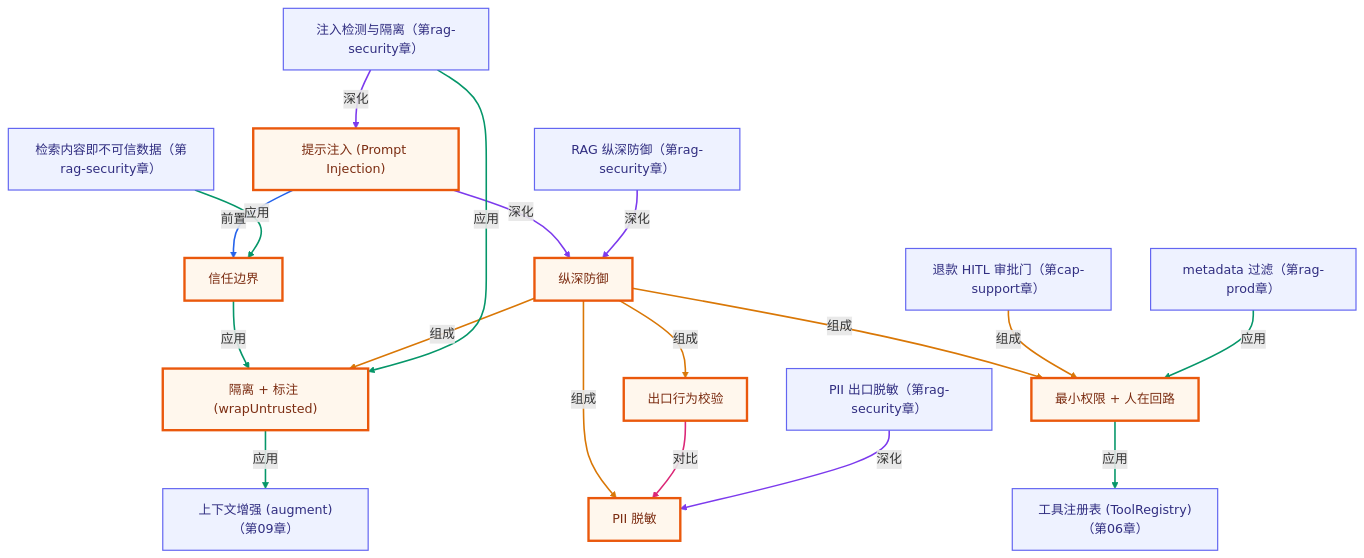
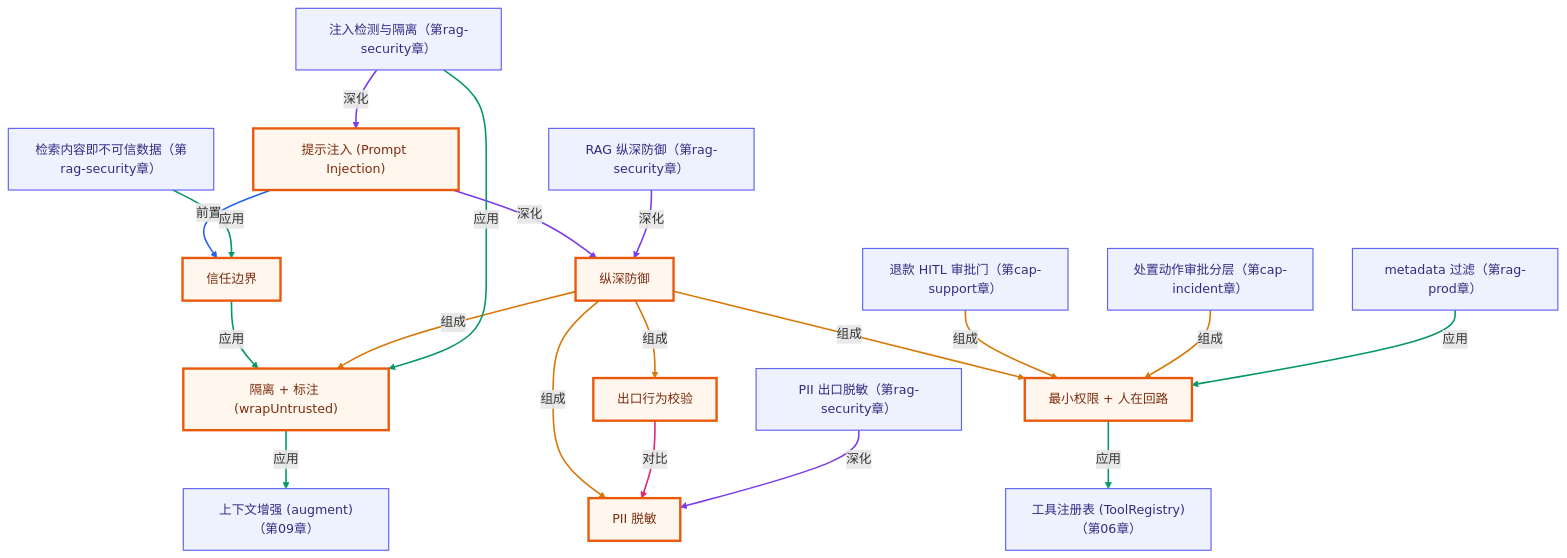
The second of 2 diagrams in lessons/17-safety-and-guardrails/README.md (songuu/agent), drawn with Mermaid before and after one commit. The commit also changed other lines of this file and 37 other files, not shown here.

````diff
--- a/lessons/17-safety-and-guardrails/README.md
+++ b/lessons/17-safety-and-guardrails/README.md
@@ -201,56 +201,59 @@
 ```mermaid
 graph TB
   classDef own fill:#fff7ed,stroke:#ea580c,stroke-width:3px,color:#7c2d12;
   classDef cross fill:#eef2ff,stroke:#6366f1,stroke-width:1.5px,color:#312e81;
   n_c17_prompt_injection["提示注入 (Prompt Injection)"]
   n_c17_trust_boundary["信任边界"]
   n_c17_isolate_and_label["隔离 + 标注 (wrapUntrusted)"]
   n_c17_defense_in_depth["纵深防御"]
   n_c17_output_validation["出口行为校验"]
   n_c17_pii_redaction["PII 脱敏"]
   n_c17_human_in_the_loop["最小权限 + 人在回路"]
   n_c09_augment_prompt["上下文增强 (augment)（第09章）"]
   n_c06_tool_registry["工具注册表 (ToolRegistry)（第06章）"]
   n_csup_hitl["退款 HITL 审批门（第cap-support章）"]
+  n_cinc_approval["处置动作审批分层（第cap-incident章）"]
   n_cragprod_metadata_filter["metadata 过滤（第rag-prod章）"]
   n_cragsec_untrusted_retrieval["检索内容即不可信数据（第rag-security章）"]
   n_cragsec_injection_detection["注入检测与隔离（第rag-security章）"]
   n_cragsec_pii_redaction["PII 出口脱敏（第rag-security章）"]
   n_cragsec_defense_in_depth["RAG 纵深防御（第rag-security章）"]
   n_c17_prompt_injection -->|前置| n_c17_trust_boundary
   n_c17_trust_boundary -->|应用| n_c17_isolate_and_label
   n_c17_defense_in_depth -->|组成| n_c17_isolate_and_label
   n_c17_defense_in_depth -->|组成| n_c17_output_validation
   n_c17_defense_in_depth -->|组成| n_c17_pii_redaction
   n_c17_defense_in_depth -->|组成| n_c17_human_in_the_loop
   n_c17_output_validation -->|对比| n_c17_pii_redaction
   n_c17_prompt_injection -->|深化| n_c17_defense_in_depth
   n_c17_isolate_and_label -->|应用| n_c09_augment_prompt
   n_c17_human_in_the_loop -->|应用| n_c06_tool_registry
   n_csup_hitl -->|组成| n_c17_human_in_the_loop
+  n_cinc_approval -->|组成| n_c17_human_in_the_loop
   n_cragprod_metadata_filter -->|应用| n_c17_human_in_the_loop
   n_cragsec_untrusted_retrieval -->|应用| n_c17_trust_boundary
   n_cragsec_injection_detection -->|深化| n_c17_prompt_injection
   n_cragsec_injection_detection -->|应用| n_c17_isolate_and_label
   n_cragsec_pii_redaction -->|深化| n_c17_pii_redaction
   n_cragsec_defense_in_depth -->|深化| n_c17_defense_in_depth
   class n_c17_prompt_injection,n_c17_trust_boundary,n_c17_isolate_and_label,n_c17_defense_in_depth,n_c17_output_validation,n_c17_pii_redaction,n_c17_human_in_the_loop own;
-  class n_c09_augment_prompt,n_c06_tool_registry,n_csup_hitl,n_cragprod_metadata_filter,n_cragsec_untrusted_retrieval,n_cragsec_injection_detection,n_cragsec_pii_redaction,n_cragsec_defense_in_depth cross;
+  class n_c09_augment_prompt,n_c06_tool_registry,n_csup_hitl,n_cinc_approval,n_cragprod_metadata_filter,n_cragsec_untrusted_retrieval,n_cragsec_injection_detection,n_cragsec_pii_redaction,n_cragsec_defense_in_depth cross;
   linkStyle 0 stroke:#2563eb,stroke-width:2px;
   linkStyle 1 stroke:#059669,stroke-width:2px;
   linkStyle 2 stroke:#d97706,stroke-width:2px;
   linkStyle 3 stroke:#d97706,stroke-width:2px;
   linkStyle 4 stroke:#d97706,stroke-width:2px;
   linkStyle 5 stroke:#d97706,stroke-width:2px;
   linkStyle 6 stroke:#db2777,stroke-width:2px;
   linkStyle 7 stroke:#7c3aed,stroke-width:2px;
   linkStyle 8 stroke:#059669,stroke-width:2px;
   linkStyle 9 stroke:#059669,stroke-width:2px;
   linkStyle 10 stroke:#d97706,stroke-width:2px;
-  linkStyle 11 stroke:#059669,stroke-width:2px;
+  linkStyle 11 stroke:#d97706,stroke-width:2px;
   linkStyle 12 stroke:#059669,stroke-width:2px;
-  linkStyle 13 stroke:#7c3aed,stroke-width:2px;
-  linkStyle 14 stroke:#059669,stroke-width:2px;
-  linkStyle 15 stroke:#7c3aed,stroke-width:2px;
+  linkStyle 13 stroke:#059669,stroke-width:2px;
+  linkStyle 14 stroke:#7c3aed,stroke-width:2px;
+  linkStyle 15 stroke:#059669,stroke-width:2px;
   linkStyle 16 stroke:#7c3aed,stroke-width:2px;
+  linkStyle 17 stroke:#7c3aed,stroke-width:2px;
 ```
````
